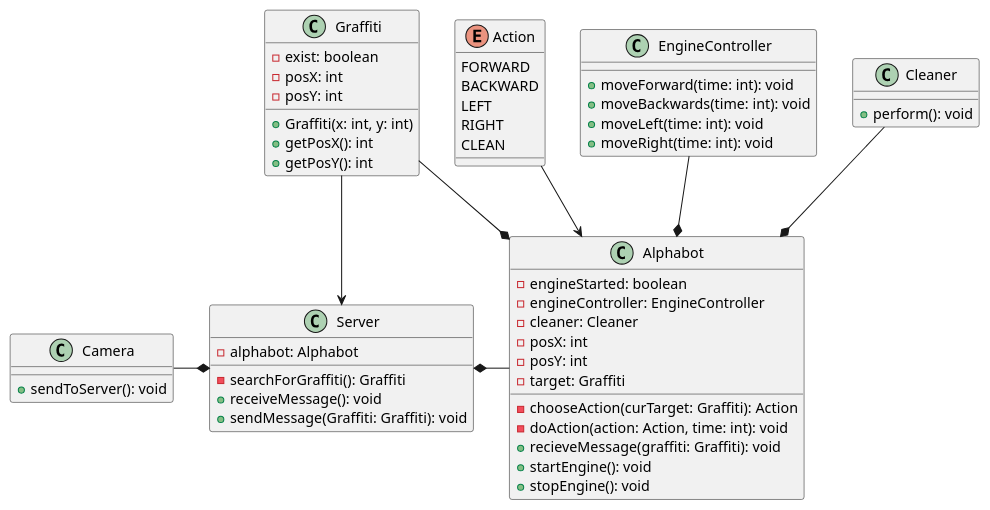
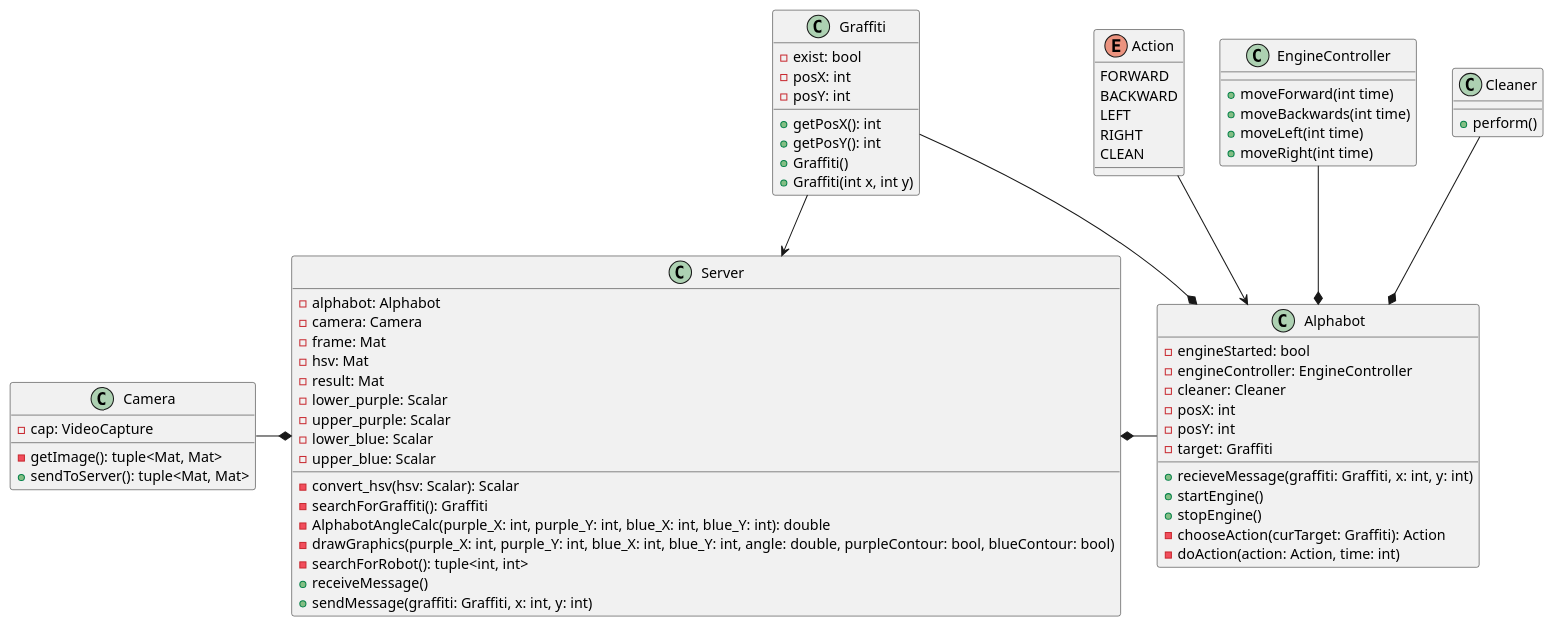
Before and after one commit to kolganovr/Alphabot: the diagram in plantUML.wsd, drawn with PlantUML.

Commit message:
update UML

```diff
--- a/plantUML.wsd
+++ b/plantUML.wsd
@@ -1,61 +1,76 @@
 @startuml Alphabot
-enum Action{
+enum Action {
     FORWARD
     BACKWARD
     LEFT
     RIGHT
     CLEAN
 }
 
-class Alphabot {
-    -engineStarted: boolean
-    -engineController: EngineController
-    -cleaner: Cleaner
-    -posX: int
-    -posY: int
-    -target: Graffiti
-    -chooseAction(curTarget: Graffiti): Action
-    -doAction(action: Action, time: int): void
-    +recieveMessage(graffiti: Graffiti): void
-    +startEngine(): void
-    +stopEngine(): void
-}
-
-class EngineController{
-    +moveForward(time: int): void
-    +moveBackwards(time: int): void
-    +moveLeft(time: int): void
-    +moveRight(time: int): void
+class EngineController {
+    + moveForward(int time)
+    + moveBackwards(int time)
+    + moveLeft(int time)
+    + moveRight(int time)
 }
 
 class Cleaner {
-    +perform(): void
+    + perform()
 }
 
 class Camera {
-    +sendToServer(): void
+    - cap: VideoCapture
+    - getImage(): tuple<Mat, Mat>
+    + sendToServer(): tuple<Mat, Mat>
+}
+
+class Graffiti {
+    - exist: bool
+    - posX: int
+    - posY: int
+    + getPosX(): int
+    + getPosY(): int
+    + Graffiti()
+    + Graffiti(int x, int y)
+}
+
+class Alphabot {
+    - engineStarted: bool
+    - engineController: EngineController
+    - cleaner: Cleaner
+    - posX: int
+    - posY: int
+    - target: Graffiti
+    + recieveMessage(graffiti: Graffiti, x: int, y: int)
+    + startEngine()
+    + stopEngine()
+    - chooseAction(curTarget: Graffiti): Action
+    - doAction(action: Action, time: int)
 }
 
 class Server {
-    -alphabot: Alphabot
-    -searchForGraffiti(): Graffiti
-    +receiveMessage(): void
-    +sendMessage(Graffiti: Graffiti): void
-}
-
-class Graffiti{
-    -exist: boolean
-    -posX: int
-    -posY: int
-    +Graffiti(x: int, y: int)
-    +getPosX(): int
-    +getPosY(): int
+    - alphabot: Alphabot
+    - camera: Camera
+    - frame: Mat
+    - hsv: Mat
+    - result: Mat
+    - lower_purple: Scalar
+    - upper_purple: Scalar
+    - lower_blue: Scalar
+    - upper_blue: Scalar
+    - convert_hsv(hsv: Scalar): Scalar
+    - searchForGraffiti(): Graffiti
+    - AlphabotAngleCalc(purple_X: int, purple_Y: int, blue_X: int, blue_Y: int): double
+    - drawGraphics(purple_X: int, purple_Y: int, blue_X: int, blue_Y: int, angle: double, purpleContour: bool, blueContour: bool)
+    - searchForRobot(): tuple<int, int>
+    + receiveMessage()
+    + sendMessage(graffiti: Graffiti, x: int, y: int)
 }
 EngineController --* Alphabot
 Cleaner --* Alphabot
 Graffiti --* Alphabot
 Action --> Alphabot
 Graffiti --> Server
 Camera -* Server
 Server *- Alphabot
 @enduml
```
